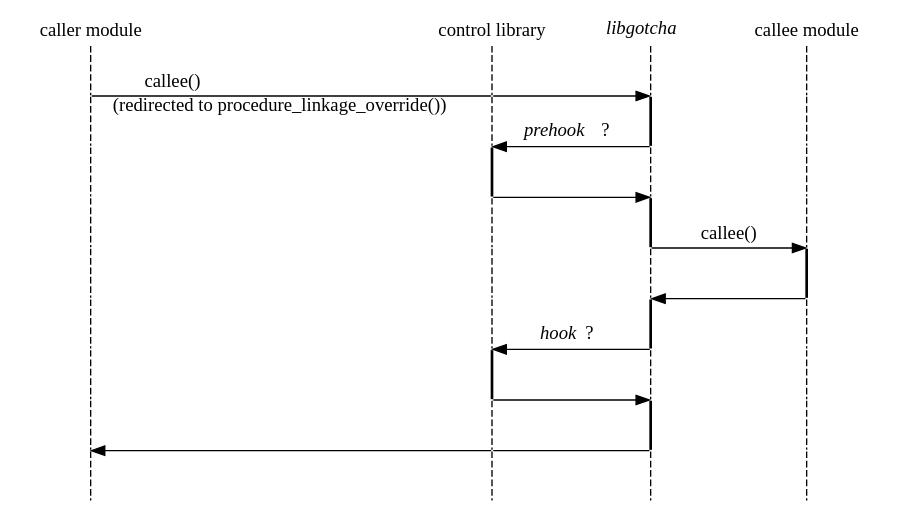
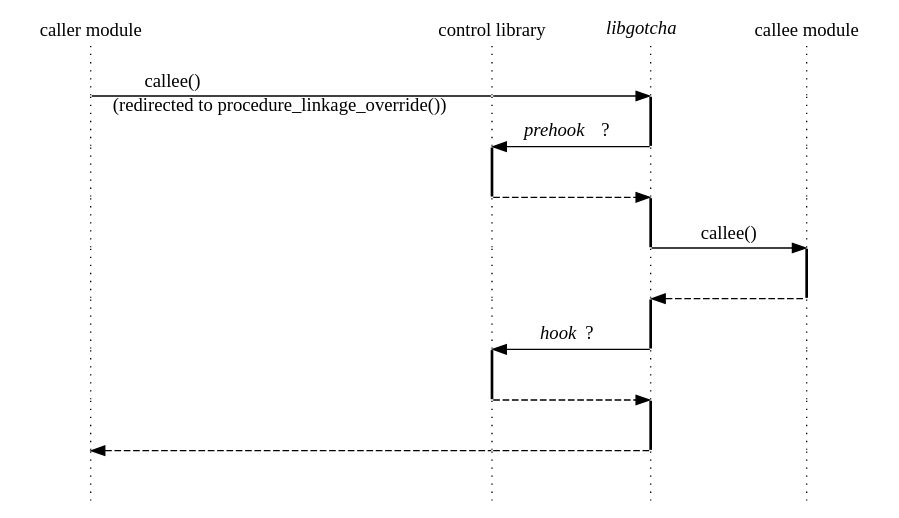
Before and after one commit to solb/thesis: the diagram in figs/calltree_function_hook.dot, drawn with Graphviz. The commit also changed 2 other files, not shown here.

Commit message:
figs: Make function return edges dashed

```diff
--- a/figs/calltree_function_hook.dot
+++ b/figs/calltree_function_hook.dot
@@ -1,78 +1,78 @@
 strict digraph {
 	edge [arrowhead=none];
 	node [shape=none, width=0, height=0, label=""];
 
 	caller [label="caller module"];
 	control [label="control library"];
 	gotcha [label=<<i>libgotcha</i>>];
 	callee [label="callee module"];
 
 	{
 		// This weight must be at least the number of horizontal arrows.
-		edge [style=dashed, weight=7];
+		edge [style=dotted, weight=7];
 
 		caller -> callerA -> callerB -> callerC -> callerD -> callerE -> callerF -> callerG -> callerH -> callerI;
 
 		control -> controlA -> controlB;
 		controlB -> controlC [style=solid, penwidth=2];
 		controlC -> controlD -> controlE -> controlF;
 		controlF -> controlG [style=solid, penwidth=2];
 		controlG -> controlH -> controlI;
 
 		gotcha -> gotchaA;
 		gotchaA -> gotchaB [style=solid, penwidth=2];
 		gotchaB -> gotchaC;
 		gotchaC -> gotchaD [style=solid, penwidth=2];
 		gotchaD -> gotchaE;
 		gotchaE -> gotchaF [style=solid, penwidth=2];
 		gotchaF -> gotchaG;
 		gotchaG -> gotchaH [style=solid, penwidth=2];
 		gotchaH -> gotchaI;
 
 		callee -> calleeA -> calleeB -> calleeC -> calleeD;
 		calleeD -> calleeE [style=solid, penwidth=2];
 		calleeE -> calleeF -> calleeG -> calleeH -> calleeI;
 	}
 
 	{
 		rank=same;
 		callerA -> controlA [label="callee()                                                   ", headlabel="(redirected to procedure_linkage_override())"];
 		controlA -> gotchaA [arrowhead=normal];
 	}
 
 	{
 		rank=same;
 		controlB -> gotchaB [label=<<i>prehook</i> ?>, arrowhead=normal, dir=back];
 	}
 
 	{
 		rank=same;
-		controlC -> gotchaC [arrowhead=normal];
+		controlC -> gotchaC [style=dashed, arrowhead=normal];
 	}
 
 	{
 		rank=same;
 		gotchaD -> calleeD [label="callee()", arrowhead=normal];
 	}
 
 	{
 		rank=same;
-		gotchaE -> calleeE [arrowhead=normal, dir=back];
+		gotchaE -> calleeE [style=dashed, arrowhead=normal, dir=back];
 	}
 
 	{
 		rank=same;
 		controlF -> gotchaF [label=<<i>hook</i> ?>, arrowhead=normal, dir=back];
 	}
 
 	{
 		rank=same;
-		controlG -> gotchaG [arrowhead=normal];
+		controlG -> gotchaG [style=dashed, arrowhead=normal];
 	}
 
 	{
 		rank=same;
-		callerH -> controlH [arrowhead=normal, dir=back];
-		controlH -> gotchaH;
+		callerH -> controlH [style=dashed, arrowhead=normal, dir=back];
+		controlH -> gotchaH [style=dashed];
 	}
 }
```
